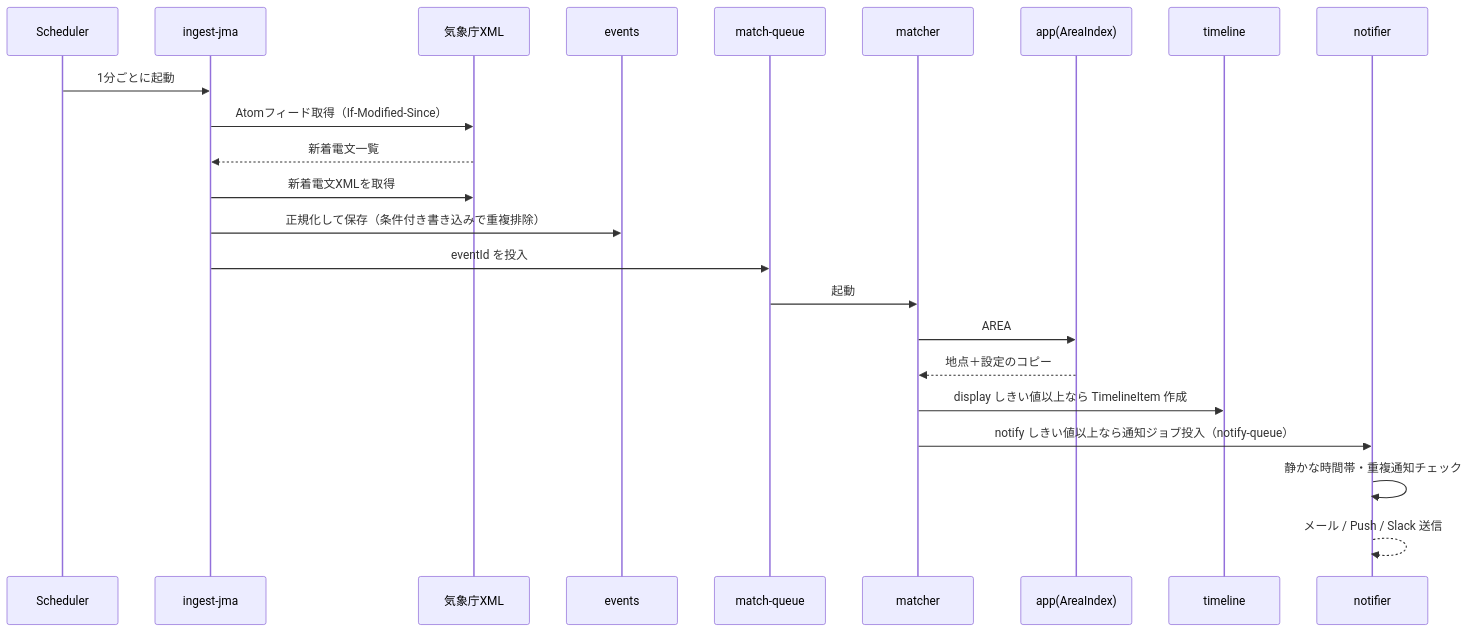
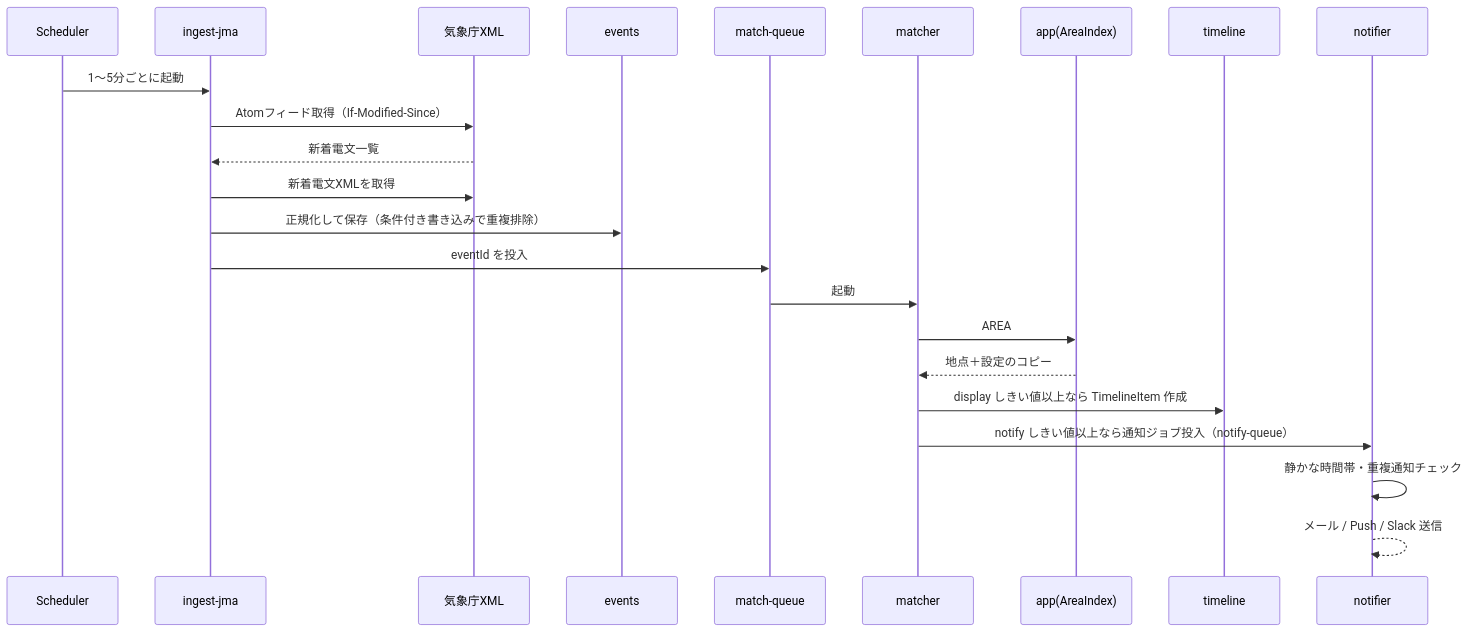
The second of 2 diagrams in docs/05_system_architecture.md (masuzuki1028/saigai-portal), drawn with Mermaid before and after one commit. The commit also changed other lines of this file and 4 other files, not shown here.

````diff
--- a/docs/05_system_architecture.md
+++ b/docs/05_system_architecture.md
@@ -141,26 +141,26 @@
 ```mermaid
 sequenceDiagram
   participant S as Scheduler
   participant I as ingest-jma
   participant J as 気象庁XML
   participant E as events
   participant Q as match-queue
   participant M as matcher
   participant A as app(AreaIndex)
   participant T as timeline
   participant N as notifier
 
-  S->>I: 1分ごとに起動
+  S->>I: 1〜5分ごとに起動
   I->>J: Atomフィード取得（If-Modified-Since）
   J-->>I: 新着電文一覧
   I->>J: 新着電文XMLを取得
   I->>E: 正規化して保存（条件付き書き込みで重複排除）
   I->>Q: eventId を投入
   Q->>M: 起動
   M->>A: AREA#warn#<code> を Query
   A-->>M: 地点＋設定のコピー
   M->>T: display しきい値以上なら TimelineItem 作成
   M->>N: notify しきい値以上なら通知ジョブ投入（notify-queue）
   N->>N: 静かな時間帯・重複通知チェック
   N-->>N: メール / Push / Slack 送信
 ```
````
